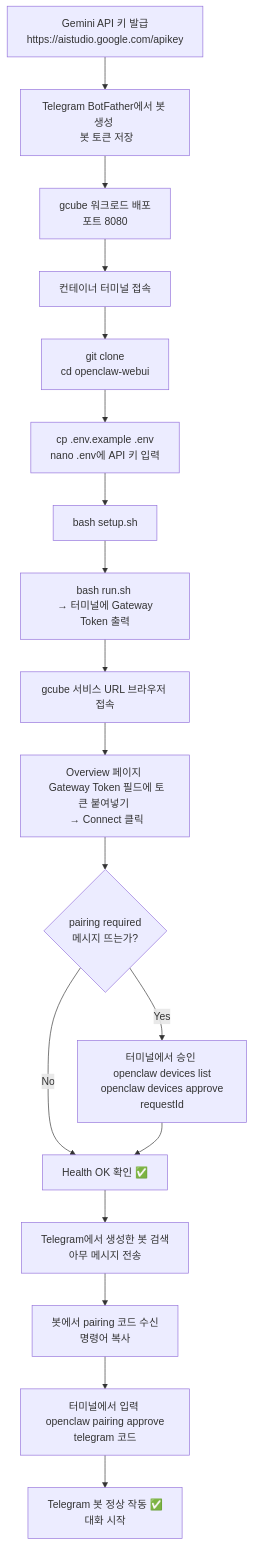
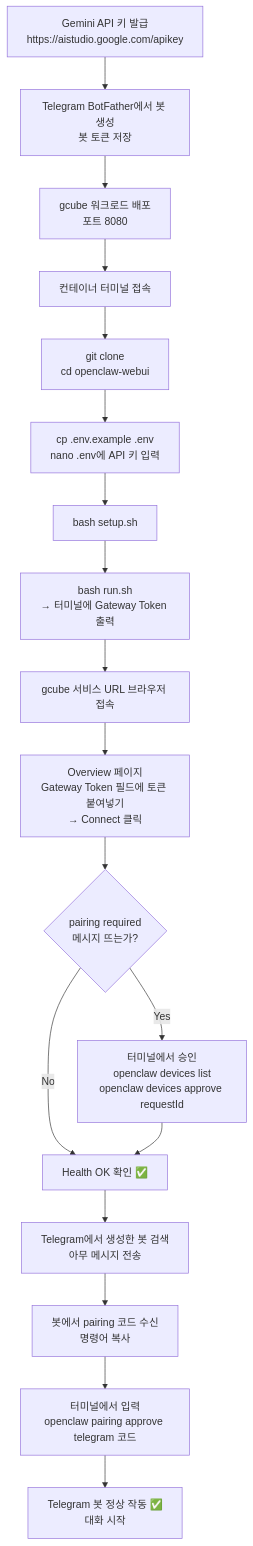
One commit to chaeyoon-08/openclaw-claude changed the diagram in README.md. Above: the diagram before and after it, drawn with Mermaid.

Commit message:
docs: fix mermaid linebreak from \\n to <br/>

````diff
--- a/README.md
+++ b/README.md
@@ -9,21 +9,21 @@
 ```mermaid
 flowchart TD
-    A[Gemini API 키 발급\nhttps://aistudio.google.com/apikey] --> B
-    B[Telegram BotFather에서 봇 생성 \n 봇 토큰 저장] --> C
-    C[gcube 워크로드 배포 \n 포트 8080] --> D
+    A[Gemini API 키 발급<br/>https://aistudio.google.com/apikey] --> B
+    B[Telegram BotFather에서 봇 생성<br/>봇 토큰 저장] --> C
+    C[gcube 워크로드 배포<br/>포트 8080] --> D
     D[컨테이너 터미널 접속] --> E
-    E[git clone\ncd openclaw-webui] --> F
-    F[cp .env.example .env \n nano .env에 API 키 입력] --> G
+    E[git clone<br/>cd openclaw-webui] --> F
+    F[cp .env.example .env<br/>nano .env에 API 키 입력] --> G
     G[bash setup.sh] --> H
-    H[bash run.sh \n → 터미널에 Gateway Token 출력] --> I
+    H[bash run.sh<br/>→ 터미널에 Gateway Token 출력] --> I
     I[gcube 서비스 URL 브라우저 접속] --> J
-    J[Overview 페이지 \n Gateway Token 필드에 토큰 붙여넣기 \n → Connect 클릭] --> K
-    K{pairing required \n 메시지 뜨는가?} -->|Yes| L
+    J[Overview 페이지<br/>Gateway Token 필드에 토큰 붙여넣기<br/>→ Connect 클릭] --> K
+    K{pairing required<br/>메시지 뜨는가?} -->|Yes| L
     K -->|No| M
-    L[터미널에서 승인 \n openclaw devices list \n openclaw devices approve requestId] --> M
+    L[터미널에서 승인<br/>openclaw devices list<br/>openclaw devices approve requestId] --> M
     M[Health OK 확인 ✅] --> N
-    N[Telegram에서 생성한 봇 검색 \n 아무 메시지 전송] --> O
-    O[봇에서 pairing 코드 수신 \n 명령어 복사] --> P
-    P[터미널에서 입력 \n openclaw pairing approve telegram 코드] --> Q
-    Q[Telegram 봇 정상 작동 ✅ \n 대화 시작]
+    N[Telegram에서 생성한 봇 검색<br/>아무 메시지 전송] --> O
+    O[봇에서 pairing 코드 수신<br/>명령어 복사] --> P
+    P[터미널에서 입력<br/>openclaw pairing approve telegram 코드] --> Q
+    Q[Telegram 봇 정상 작동 ✅<br/>대화 시작]
 ```
````
